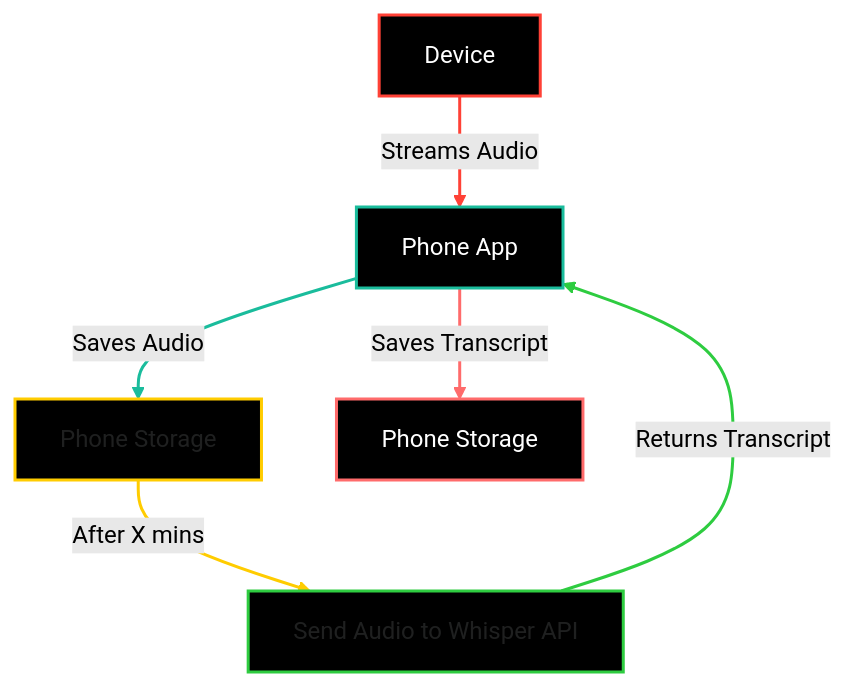
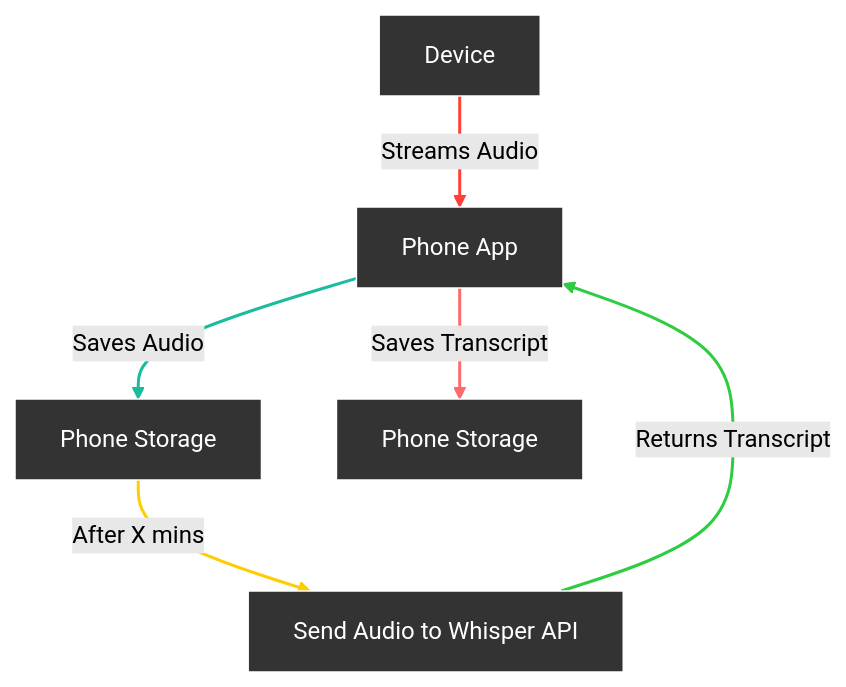
Before and after one commit to jagdish-15/omi-lfs-clean: the diagram in README.md, drawn with Mermaid (forest theme).

````diff
--- a/README.md
+++ b/README.md
@@ -22,20 +22,23 @@
 ```mermaid
 graph TD
 A[Device] -- Streams Audio --> B[Phone App]
 B -- Saves Audio --> C[Phone Storage]
 C -- After X mins --> D[Send Audio to Whisper API]
 D -- Returns Transcript --> B[Phone App]
 B -- Saves Transcript --> F[Phone Storage]
 
-style A fill:#000000, stroke:#FF4136, stroke-width:2px, color:#FFFFFF
-style B fill:#000000, stroke:#1ABC9C, stroke-width:2px, color:#FFFFFF
-style C fill:#000000, stroke:#FFCC00, stroke-width:2px, color:#1F2020
-style D fill:#000000, stroke:#2ECC40, stroke-width:2px, color:#1F2020
-style F fill:#000000, stroke:#FF6B6B, stroke-width:2px, color:#FFFFFF
+classDef lightMode fill:#FFFFFF, stroke:#333333, color:#333333;
+classDef darkMode fill:#333333, stroke:#FFFFFF, color:#FFFFFF;
+
+classDef lightModeLinks stroke:#333333;
+classDef darkModeLinks stroke:#FFFFFF;
+
+class A,B,C,D,F lightMode
+class A,B,C,D,F darkMode
 
 linkStyle 0 stroke:#FF4136, stroke-width:2px
 linkStyle 1 stroke:#1ABC9C, stroke-width:2px
 linkStyle 2 stroke:#FFCC00, stroke-width:2px
 linkStyle 3 stroke:#2ECC40, stroke-width:2px
 linkStyle 4 stroke:#FF6B6B, stroke-width:2px
 ```
````
